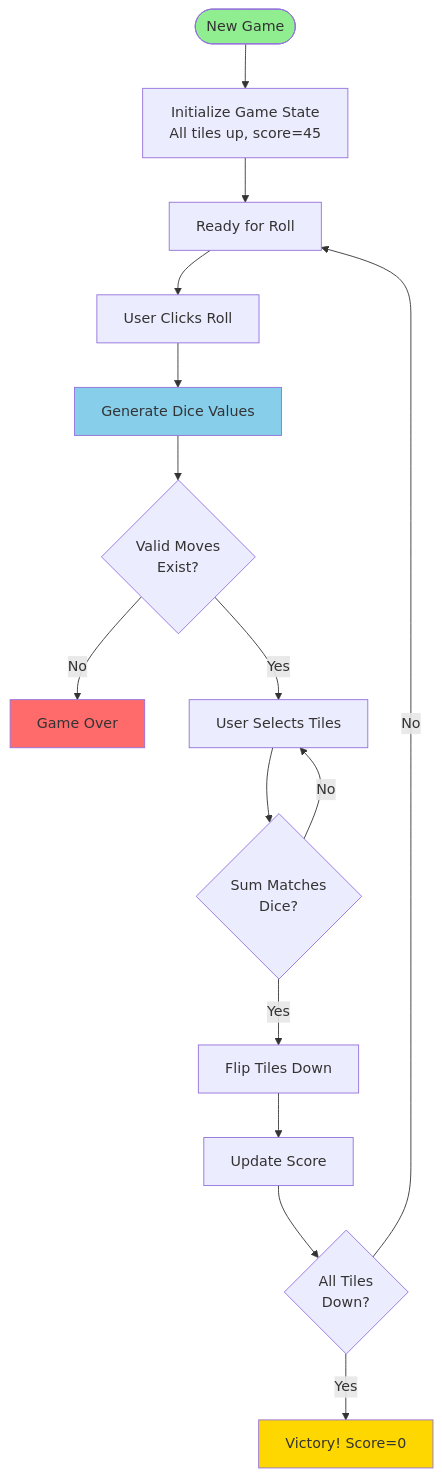
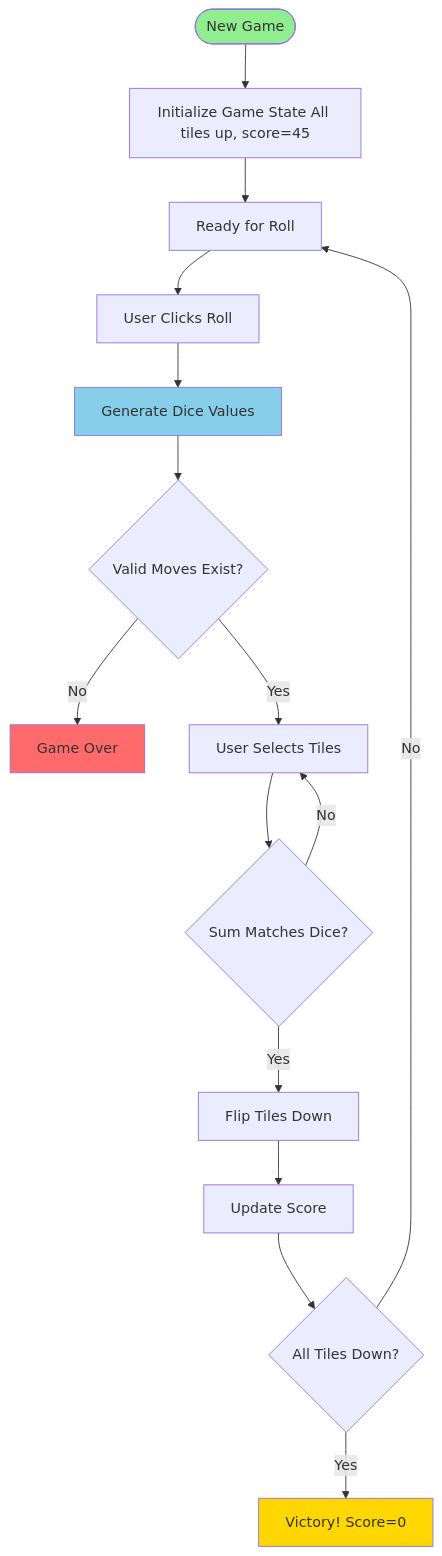
The third of 7 diagrams in wiki/Architecture.md (softwarewrighter/shut_the_box), drawn with Mermaid before and after one commit. The commit also changed other lines of this file and 5 other files, not shown here.

````diff
--- a/wiki/Architecture.md
+++ b/wiki/Architecture.md
@@ -118,22 +118,22 @@
 ```mermaid
 flowchart TD
-    START([New Game]) --> INIT[Initialize Game State<br/>All tiles up, score=45]
+    START([New Game]) --> INIT[Initialize Game State All tiles up, score=45]
     INIT --> READY[Ready for Roll]
     READY --> ROLL[User Clicks Roll]
     ROLL --> DICE[Generate Dice Values]
-    DICE --> CHECK{Valid Moves<br/>Exist?}
+    DICE --> CHECK{Valid Moves Exist?}
     CHECK -->|No| GAMEOVER[Game Over]
     CHECK -->|Yes| SELECT[User Selects Tiles]
-    SELECT --> VALIDATE{Sum Matches<br/>Dice?}
+    SELECT --> VALIDATE{Sum Matches Dice?}
     VALIDATE -->|No| SELECT
     VALIDATE -->|Yes| FLIP[Flip Tiles Down]
     FLIP --> UPDATE[Update Score]
-    UPDATE --> WIN{All Tiles<br/>Down?}
+    UPDATE --> WIN{All Tiles Down?}
     WIN -->|Yes| VICTORY[Victory! Score=0]
     WIN -->|No| READY
 
     style START fill:#90ee90
     style VICTORY fill:#ffd700
     style GAMEOVER fill:#ff6b6b
     style DICE fill:#87ceeb
 ```
````
